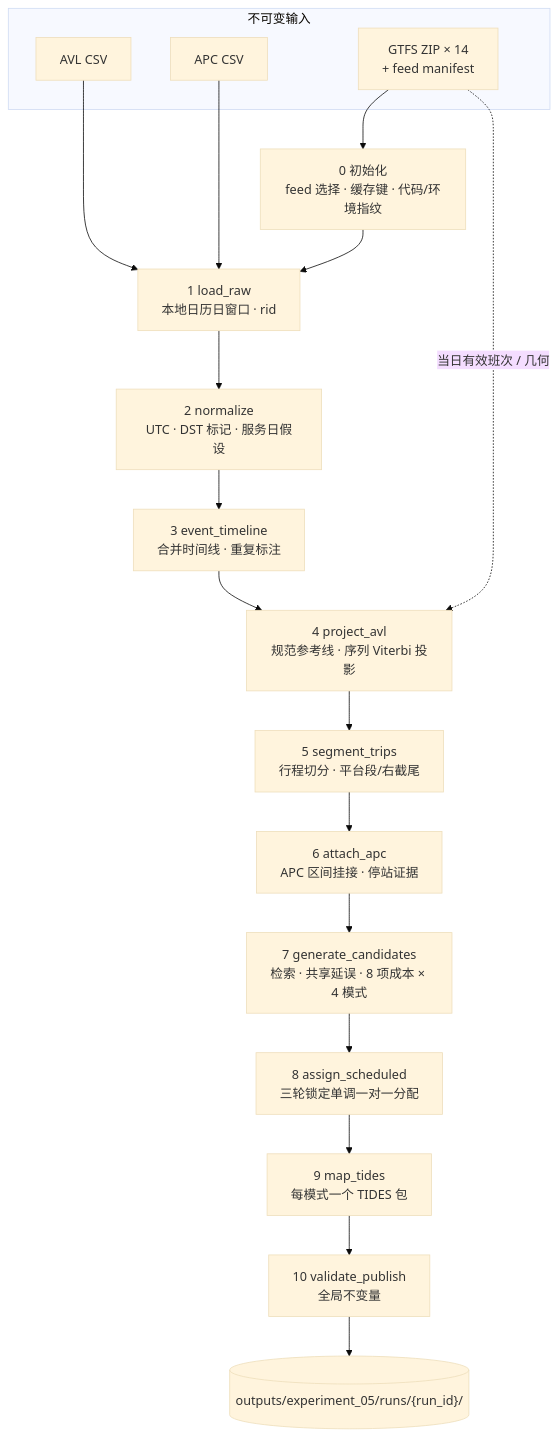
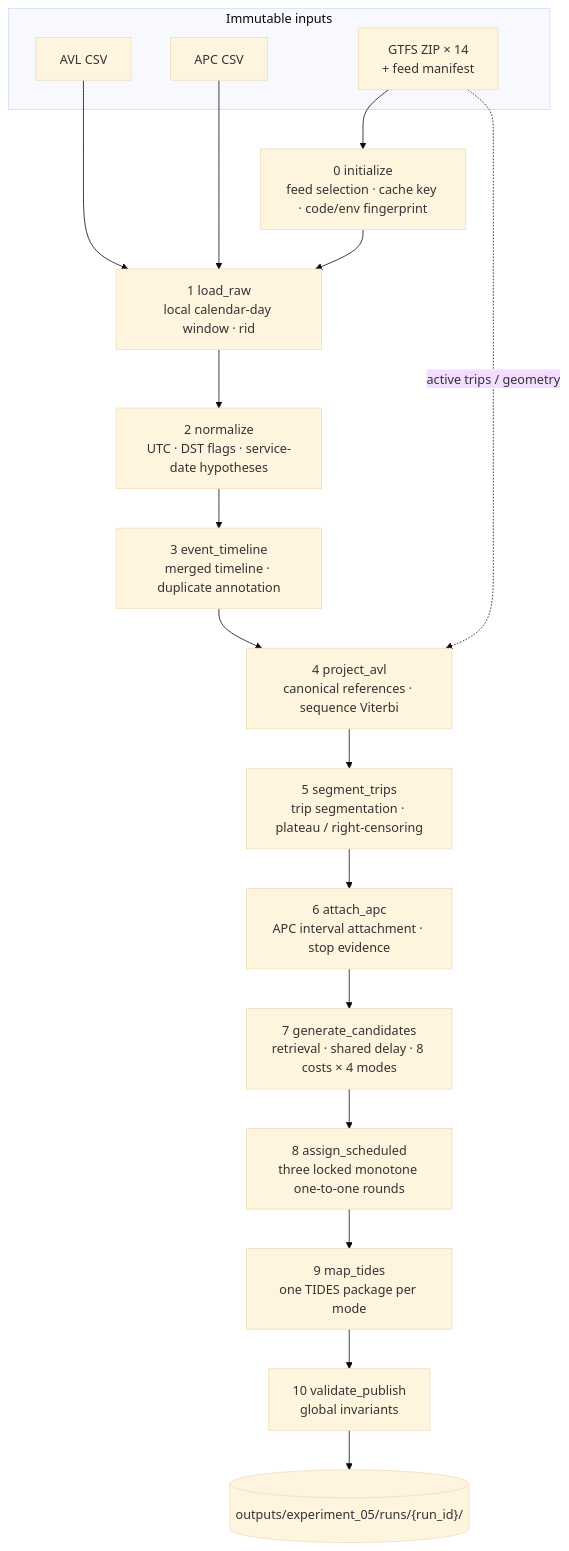
One commit to codedai/tides-implementations changed the diagram in agencies/ttc/docs/ttc-tides-pipeline-and-comparison.md. Above: the diagram before and after it, drawn with Mermaid (base theme). The commit also changed other lines of this file and 1325 other files, not shown here.

````diff
--- a/agencies/ttc/docs/ttc-tides-pipeline-and-comparison.md
+++ b/agencies/ttc/docs/ttc-tides-pipeline-and-comparison.md
@@ -115,26 +127,26 @@
 ```mermaid
 flowchart TB
-    subgraph IN[不可变输入]
+    subgraph IN[Immutable inputs]
         AVL[AVL CSV]
         APC[APC CSV]
         GZ[GTFS ZIP × 14<br/>+ feed manifest]
     end
-    INIT[0 初始化<br/>feed 选择 · 缓存键 · 代码/环境指纹]
-    S1[1 load_raw<br/>本地日历日窗口 · rid]
-    S2[2 normalize<br/>UTC · DST 标记 · 服务日假设]
-    S3[3 event_timeline<br/>合并时间线 · 重复标注]
-    S4[4 project_avl<br/>规范参考线 · 序列 Viterbi 投影]
-    S5[5 segment_trips<br/>行程切分 · 平台段/右截尾]
-    S6[6 attach_apc<br/>APC 区间挂接 · 停站证据]
-    S7[7 generate_candidates<br/>检索 · 共享延误 · 8 项成本 × 4 模式]
-    S8[8 assign_scheduled<br/>三轮锁定单调一对一分配]
-    S9[9 map_tides<br/>每模式一个 TIDES 包]
-    S10[10 validate_publish<br/>全局不变量]
+    INIT[0 initialize<br/>feed selection · cache key · code/env fingerprint]
+    S1[1 load_raw<br/>local calendar-day window · rid]
+    S2[2 normalize<br/>UTC · DST flags · service-date hypotheses]
+    S3[3 event_timeline<br/>merged timeline · duplicate annotation]
+    S4[4 project_avl<br/>canonical references · sequence Viterbi]
+    S5[5 segment_trips<br/>trip segmentation · plateau / right-censoring]
+    S6[6 attach_apc<br/>APC interval attachment · stop evidence]
+    S7[7 generate_candidates<br/>retrieval · shared delay · 8 costs × 4 modes]
+    S8[8 assign_scheduled<br/>three locked monotone one-to-one rounds]
+    S9[9 map_tides<br/>one TIDES package per mode]
+    S10[10 validate_publish<br/>global invariants]
     OUT[("outputs/experiment_05/runs/{run_id}/")]
 
     GZ --> INIT
     AVL --> S1
     APC --> S1
     INIT --> S1 --> S2 --> S3 --> S4 --> S5 --> S6 --> S7 --> S8 --> S9 --> S10 --> OUT
-    GZ -. 当日有效班次 / 几何 .-> S4
+    GZ -. active trips / geometry .-> S4
 ```
````
